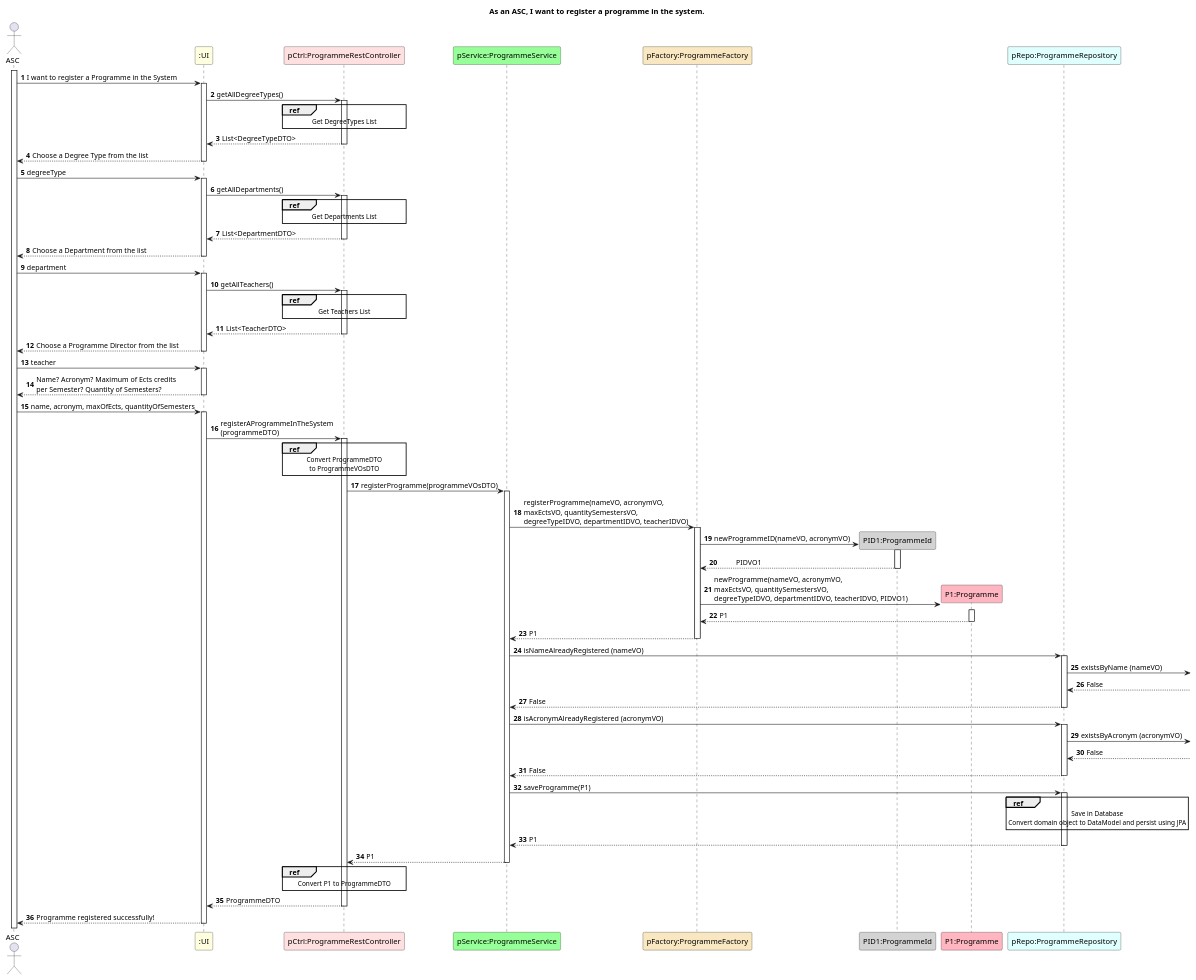
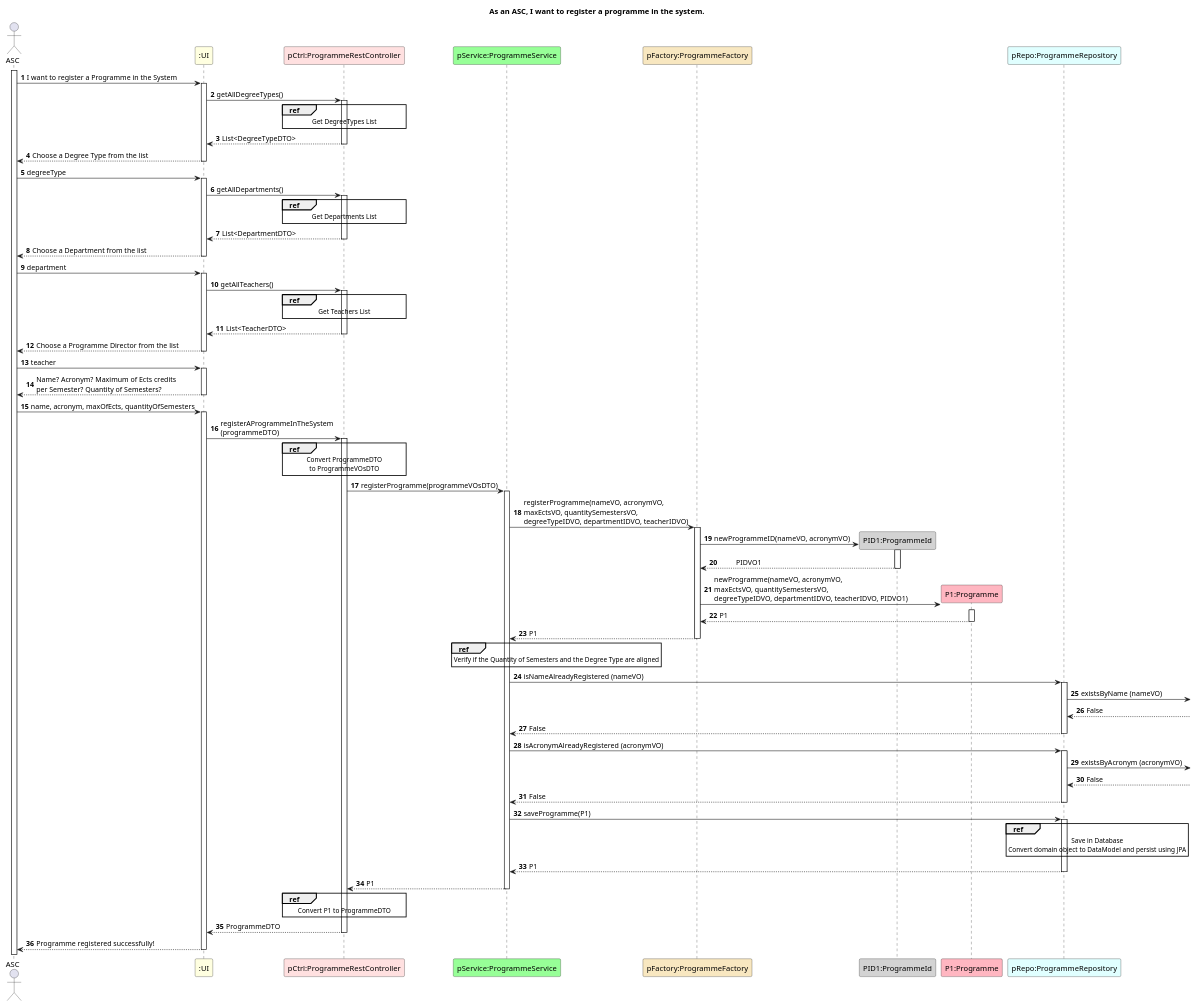
Before and after one commit to GasparISEP/DevOps-PAI: the diagram in docs/US31/ScenarioView/Level4.puml, drawn with PlantUML. The commit also changed 1 other file, not shown here.

```diff
--- a/docs/US31/ScenarioView/Level4.puml
+++ b/docs/US31/ScenarioView/Level4.puml
@@ -1,106 +1,110 @@
 @startuml
 autonumber
 
 title As an ASC, I want to register a programme in the system.
 
 actor ASC as Admin
 
 participant ":UI" as UI #lightyellow
 participant "pCtrl:ProgrammeRestController" as C #implementation
 participant "pService:ProgrammeService" as PS #physical
 participant "pFactory:ProgrammeFactory" as PF #strategy
 participant "PID1:ProgrammeId" as PID #lightgrey
 participant "P1:Programme" as P #lightpink
 participant "pRepo:ProgrammeRepository" as PR #lightcyan
 
 activate Admin
 Admin -> UI ++: I want to register a Programme in the System
 
 UI -> C ++: getAllDegreeTypes()
 
 ref over C
           Get DegreeTypes List
 end ref
 
 C --> UI --: List<DegreeTypeDTO>
 
 UI --> Admin --: Choose a Degree Type from the list
 
 Admin -> UI ++: degreeType
 
 UI -> C ++: getAllDepartments()
 
 ref over C
           Get Departments List
 end ref
 
 C --> UI --: List<DepartmentDTO>
 
 UI --> Admin --: Choose a Department from the list
 
 Admin -> UI ++: department
 
 UI -> C ++: getAllTeachers()
 
 ref over C
           Get Teachers List
 end ref
 
 C --> UI --: List<TeacherDTO>
 
 UI --> Admin --: Choose a Programme Director from the list
 
 Admin -> UI ++: teacher
 
 UI --> Admin --: Name? Acronym? Maximum of Ects credits\nper Semester? Quantity of Semesters?
 
 Admin -> UI ++: name, acronym, maxOfEcts, quantityOfSemesters
 
 UI -> C ++: registerAProgrammeInTheSystem \n(programmeDTO)
 
 ref over C
     Convert ProgrammeDTO
     to ProgrammeVOsDTO
 end ref
 
 C -> PS ++: registerProgramme(programmeVOsDTO)
 
 PS -> PF ++: registerProgramme(nameVO, acronymVO, \nmaxEctsVO, quantitySemestersVO, \ndegreeTypeIDVO, departmentIDVO, teacherIDVO)
 
 PF -> PID **: newProgrammeID(nameVO, acronymVO)
 activate PID
 PID --> PF --: \t PIDVO1
 PF -> P **: newProgramme(nameVO, acronymVO, \nmaxEctsVO, quantitySemestersVO, \ndegreeTypeIDVO, departmentIDVO, teacherIDVO, PIDVO1)
 activate P
 
 P --> PF --: P1
 PF --> PS --: P1
 
+ref over PS
+    Verify if the Quantity of Semesters and the Degree Type are aligned
+end ref
+
 PS -> PR++ :isNameAlreadyRegistered (nameVO)
 PR -> : existsByName (nameVO)
 PR <-- : False
 PR --> PS-- : False
 PS -> PR++ :isAcronymAlreadyRegistered (acronymVO)
 PR -> : existsByAcronym (acronymVO)
 PR <-- : False
 PR --> PS-- : False
 PS -> PR ++: saveProgramme(P1)
 
 ref over PR
     Save in Database
     Convert domain object to DataModel and persist using JPA
 end ref
 
 PR --> PS --: P1
 
 PS --> C --: P1
 
 ref over C
     Convert P1 to ProgrammeDTO
 end ref
 
 C --> UI --: ProgrammeDTO
 
 UI --> Admin --: Programme registered successfully!
 
 @enduml
```
